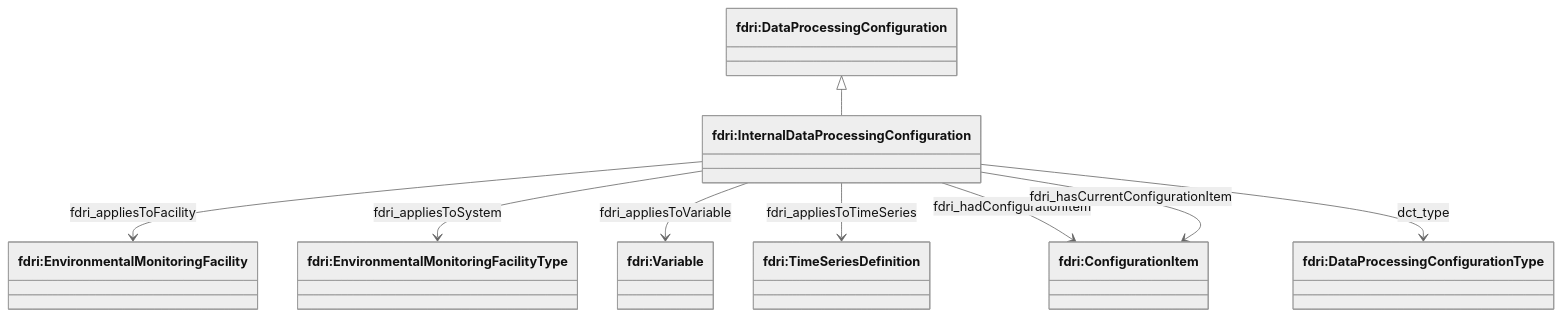
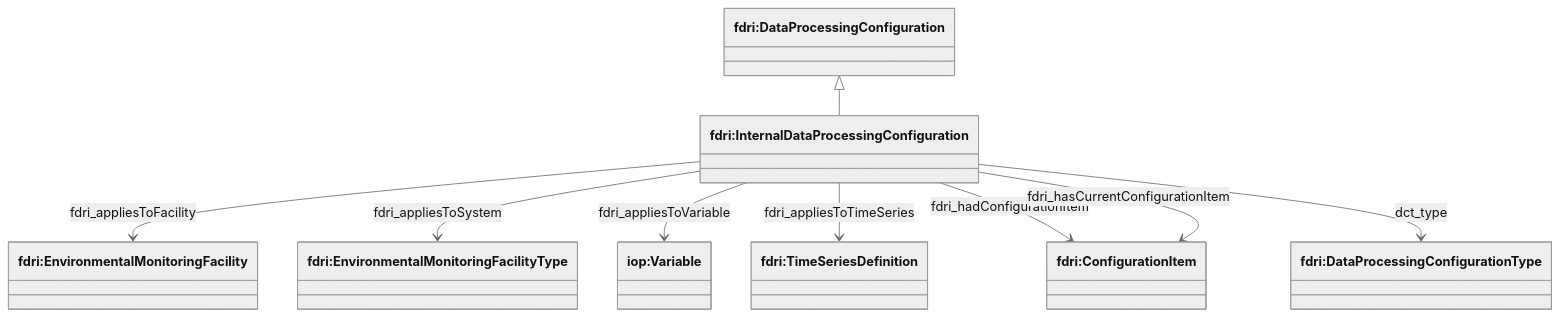
One commit to NERC-CEH/fdri-ontology changed the second of 4 diagrams in ontology/doc/data-processing-configurations.md. Above: the diagram before and after it, drawn with Mermaid (neutral theme). The commit also changed 7 other files, not shown here.

````diff
--- a/ontology/doc/data-processing-configurations.md
+++ b/ontology/doc/data-processing-configurations.md
@@ -31,21 +31,21 @@
 ```mermaid
 classDiagram
   class Plan["fdri:DataProcessingConfiguration"]
   class DPConfig["fdri:InternalDataProcessingConfiguration"]
-  class COP["fdri:Variable"]
+  class COP["iop:Variable"]
   class EMFType["fdri:EnvironmentalMonitoringFacilityType"]
   class EMF["fdri:EnvironmentalMonitoringFacility"]
   class ConfigurationItem["fdri:ConfigurationItem"]
   class DataProcessingConfigurationType["fdri:DataProcessingConfigurationType"]
   class TimeSeriesDefinition["fdri:TimeSeriesDefinition"]
 
   Plan <|-- DPConfig
   
   DPConfig --> EMF: fdri_appliesToFacility
   DPConfig --> EMFType: fdri_appliesToSystem
   DPConfig --> COP: fdri_appliesToVariable
   DPConfig --> TimeSeriesDefinition: fdri_appliesToTimeSeries
   DPConfig --> ConfigurationItem: fdri_hadConfigurationItem
   DPConfig --> ConfigurationItem: fdri_hasCurrentConfigurationItem
   DPConfig --> DataProcessingConfigurationType: dct_type
 ```
````
